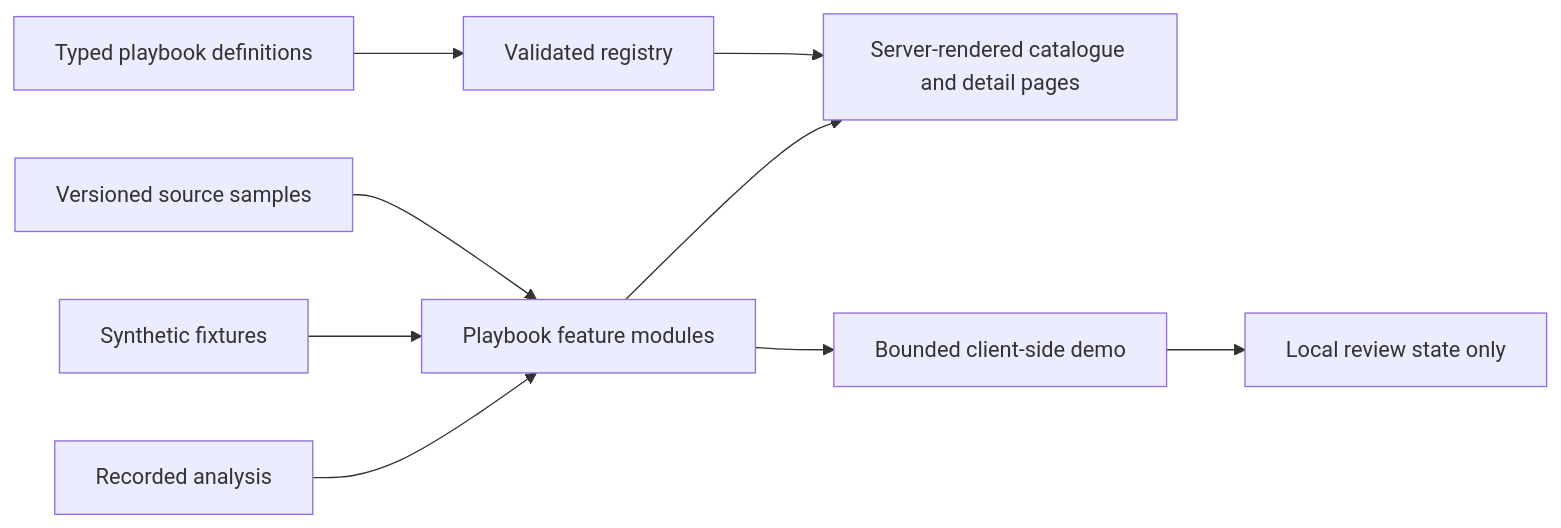
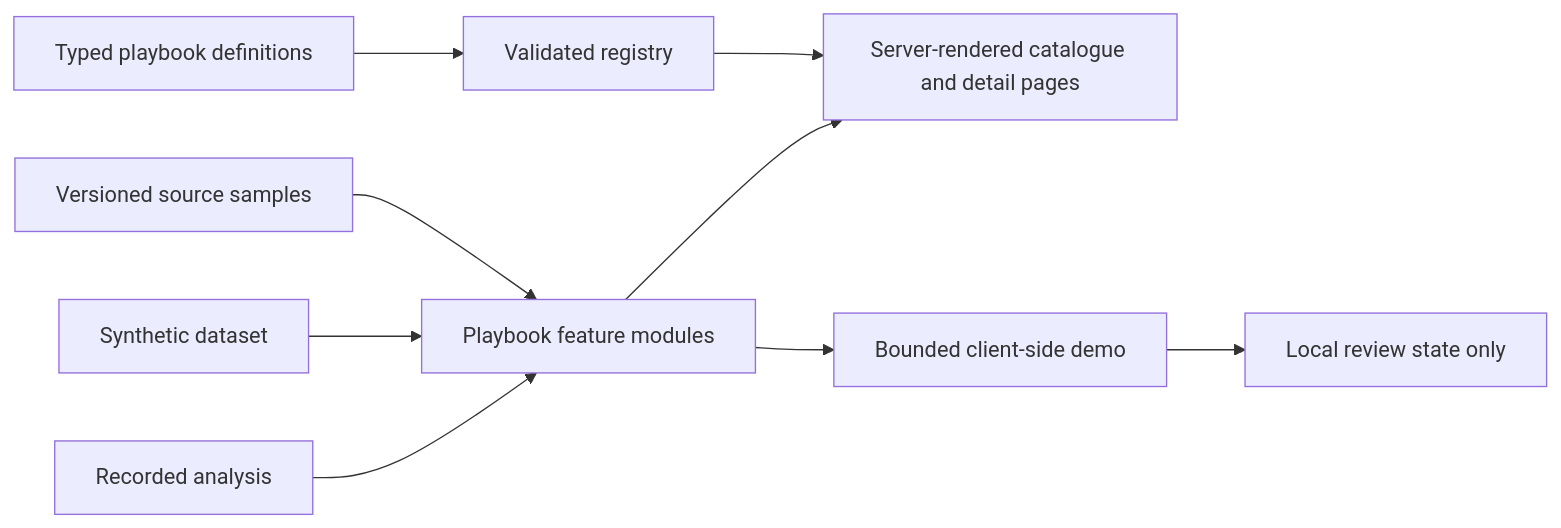
The diagram in DESIGN.md (Hypership-Software/lab-notes.ai), drawn with Mermaid before and after one commit. The commit also changed other lines of this file and 26 other files, not shown here.

````diff
--- a/DESIGN.md
+++ b/DESIGN.md
@@ -409,11 +409,11 @@
 ```mermaid
 flowchart LR
   A["Typed playbook definitions"] --> B["Validated registry"]
   C["Versioned source samples"] --> D["Playbook feature modules"]
-  E["Synthetic fixtures"] --> D
+  E["Synthetic dataset"] --> D
   F["Recorded analysis"] --> D
   B --> G["Server-rendered catalogue and detail pages"]
   D --> G
   D --> H["Bounded client-side demo"]
   H --> I["Local review state only"]
 ```
````
